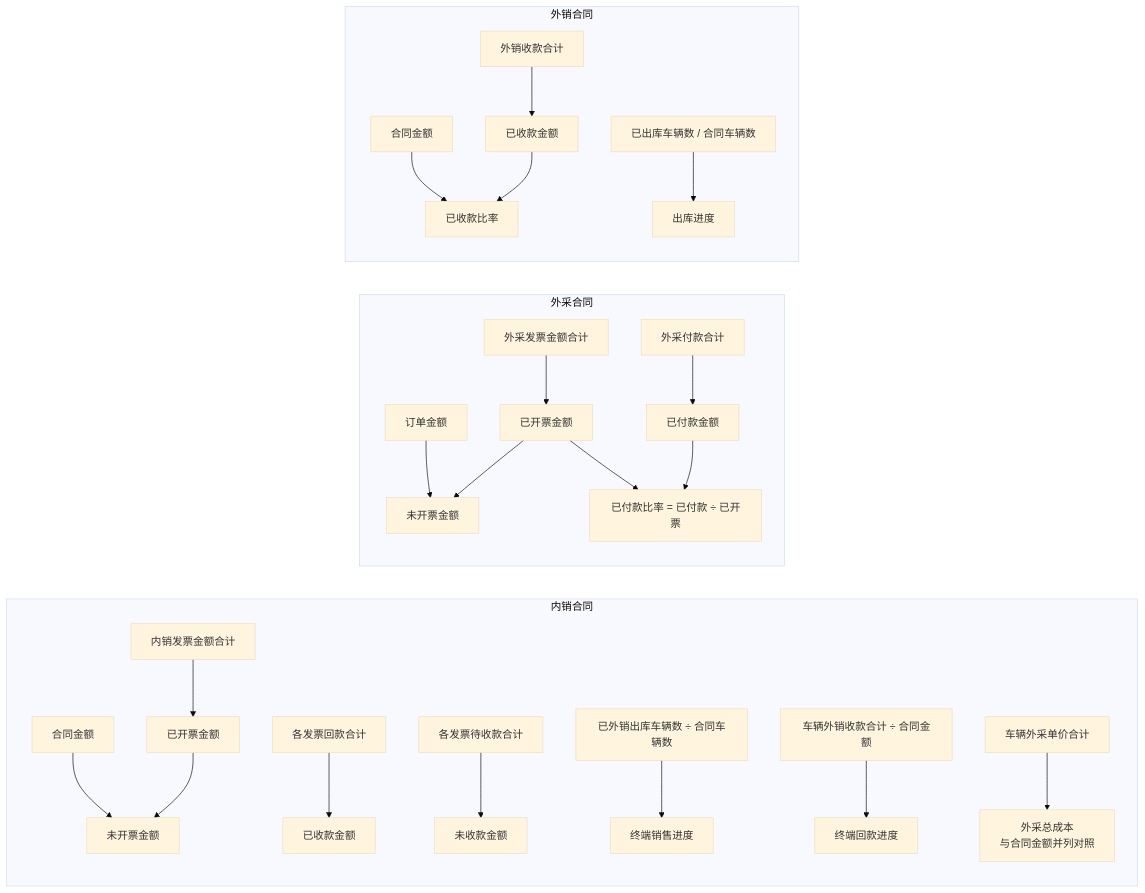
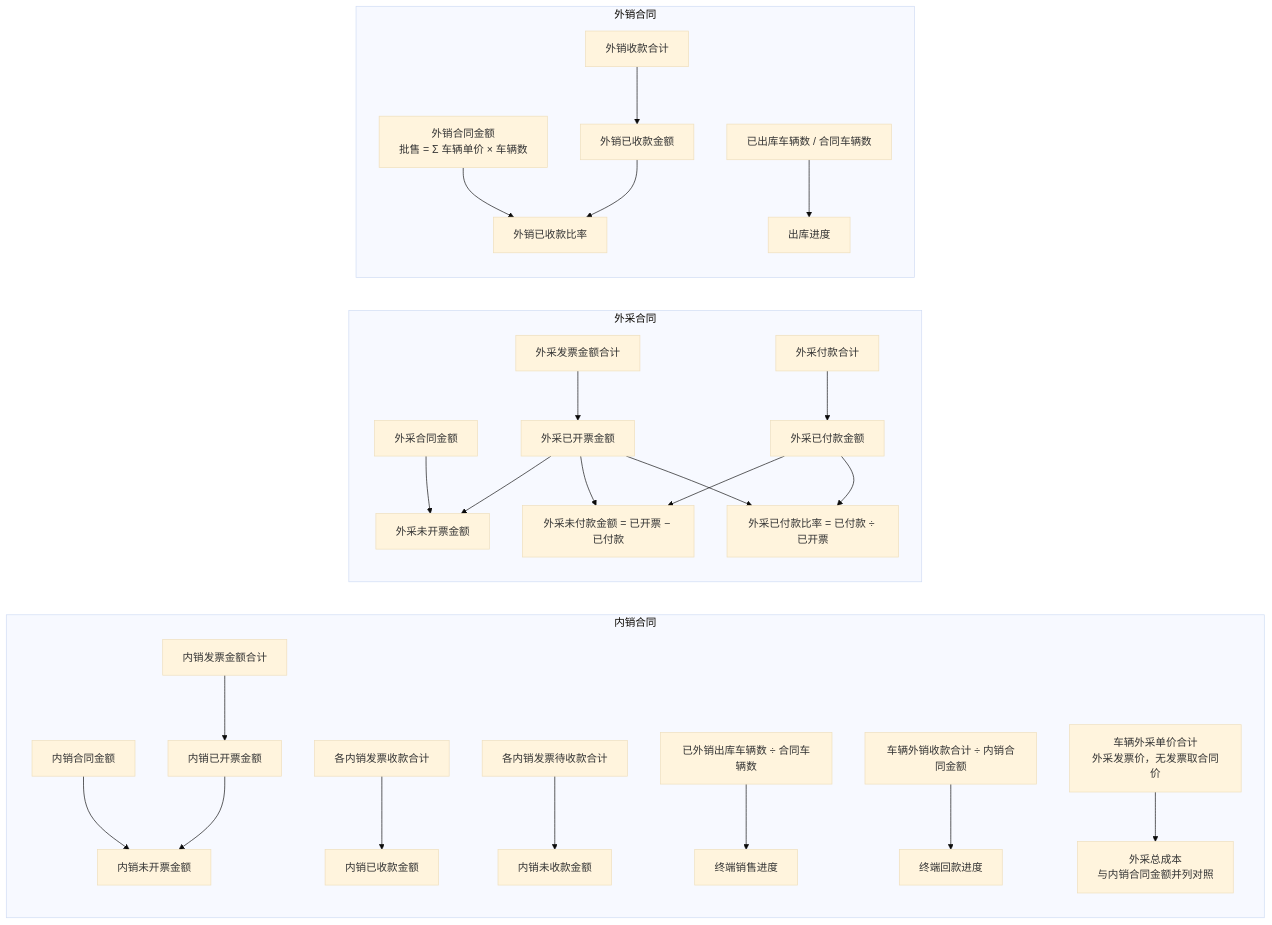
One commit to wxblockchain/Chain-Financing changed the third of 3 diagrams in asset-trust-platform/PRD/运营端/M4-合同信息/02-合同信息-流程图与状态机.md. Above: the diagram before and after it, drawn with Mermaid (base theme). The commit also changed other lines of this file and 3 other files, not shown here.

````diff
--- a/asset-trust-platform/PRD/运营端/M4-合同信息/02-合同信息-流程图与状态机.md
+++ b/asset-trust-platform/PRD/运营端/M4-合同信息/02-合同信息-流程图与状态机.md
@@ -67,27 +68,29 @@
 ```mermaid
 flowchart LR
     subgraph 内销合同
-      DCA[合同金额] --> DUI[未开票金额]
-      DINV[内销发票金额合计] --> DII[已开票金额]
+      DCA[内销合同金额] --> DUI[内销未开票金额]
+      DINV[内销发票金额合计] --> DII[内销已开票金额]
       DII --> DUI
-      DREC[各发票回款合计] --> DRC[已收款金额]
-      DPEND[各发票待收款合计] --> DUR[未收款金额]
+      DREC[各内销发票收款合计] --> DRC[内销已收款金额]
+      DPEND[各内销发票待收款合计] --> DUR[内销未收款金额]
       DOUT[已外销出库车辆数 ÷ 合同车辆数] --> DSP[终端销售进度]
-      DEXR[车辆外销收款合计 ÷ 合同金额] --> DRP[终端回款进度]
-      DCOST[车辆外采单价合计] --> DTC[外采总成本<br/>与合同金额并列对照]
+      DEXR[车辆外销收款合计 ÷ 内销合同金额] --> DRP[终端回款进度]
+      DCOST[车辆外采单价合计<br/>外采发票价，无发票取合同价] --> DTC[外采总成本<br/>与内销合同金额并列对照]
     end
     subgraph 外采合同
-      POA[订单金额] --> PUI[未开票金额]
-      PINV[外采发票金额合计] --> PII[已开票金额]
+      POA[外采合同金额] --> PUI[外采未开票金额]
+      PINV[外采发票金额合计] --> PII[外采已开票金额]
       PII --> PUI
-      PPAY[外采付款合计] --> PPD[已付款金额]
-      PPD --> PRT[已付款比率 = 已付款 ÷ 已开票]
+      PPAY[外采付款合计] --> PPD[外采已付款金额]
+      PII --> PUP[外采未付款金额 = 已开票 − 已付款]
+      PPD --> PUP
+      PPD --> PRT[外采已付款比率 = 已付款 ÷ 已开票]
       PII --> PRT
     end
     subgraph 外销合同
-      ECA[合同金额] --> ERT[已收款比率]
-      EREC[外销收款合计] --> ERA[已收款金额]
+      ECA[外销合同金额<br/>批售 = Σ 车辆单价 × 车辆数] --> ERT[外销已收款比率]
+      EREC[外销收款合计] --> ERA[外销已收款金额]
       ERA --> ERT
       EOUT[已出库车辆数 / 合同车辆数] --> EOP[出库进度]
     end
 ```
````
